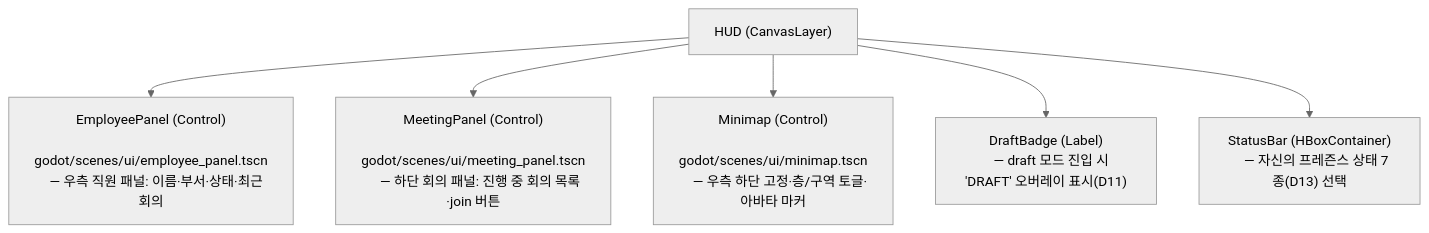
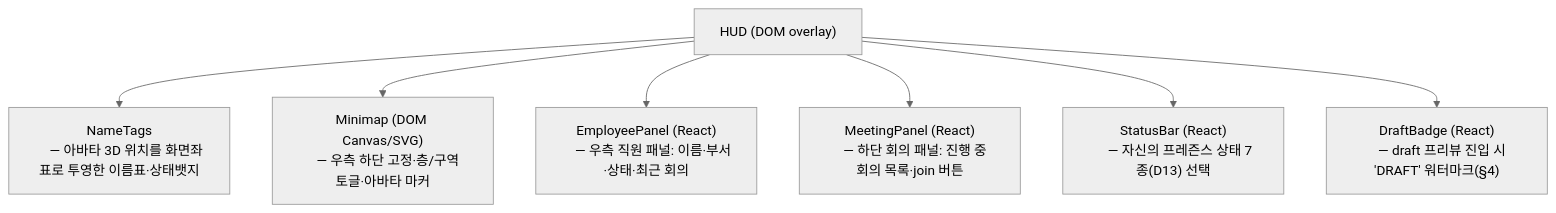
One commit to choiwjun/virtualoffice_new changed the fourth of 6 diagrams in docs/3d-design/scene-structure.md. Above: the diagram before and after it, drawn with Mermaid (neutral theme). The commit also changed other lines of this file and 739 other files, not shown here.

````diff
--- a/docs/3d-design/scene-structure.md
+++ b/docs/3d-design/scene-structure.md
@@ -323,17 +197,16 @@
 ```mermaid
 graph TD
-    HUD["HUD (CanvasLayer)"]
-    HUD --> EmployeePanel["EmployeePanel (Control)
-    godot/scenes/ui/employee_panel.tscn
+    HUD["HUD (DOM overlay)"]
+    HUD --> NameTags["NameTags
+    — 아바타 3D 위치를 화면좌표로 투영한 이름표·상태뱃지"]
+    HUD --> Minimap["Minimap (DOM Canvas/SVG)
+    — 우측 하단 고정·층/구역 토글·아바타 마커"]
+    HUD --> EmployeePanel["EmployeePanel (React)
     — 우측 직원 패널: 이름·부서·상태·최근 회의"]
-    HUD --> MeetingPanel["MeetingPanel (Control)
-    godot/scenes/ui/meeting_panel.tscn
+    HUD --> MeetingPanel["MeetingPanel (React)
     — 하단 회의 패널: 진행 중 회의 목록·join 버튼"]
-    HUD --> Minimap["Minimap (Control)
-    godot/scenes/ui/minimap.tscn
-    — 우측 하단 고정·층/구역 토글·아바타 마커"]
-    HUD --> DraftBadge["DraftBadge (Label)
-    — draft 모드 진입 시 'DRAFT' 오버레이 표시(D11)"]
-    HUD --> StatusBar["StatusBar (HBoxContainer)
+    HUD --> StatusBar["StatusBar (React)
     — 자신의 프레즌스 상태 7종(D13) 선택"]
+    HUD --> DraftBadge["DraftBadge (React)
+    — draft 프리뷰 진입 시 'DRAFT' 워터마크(§4)"]
 ```
````
